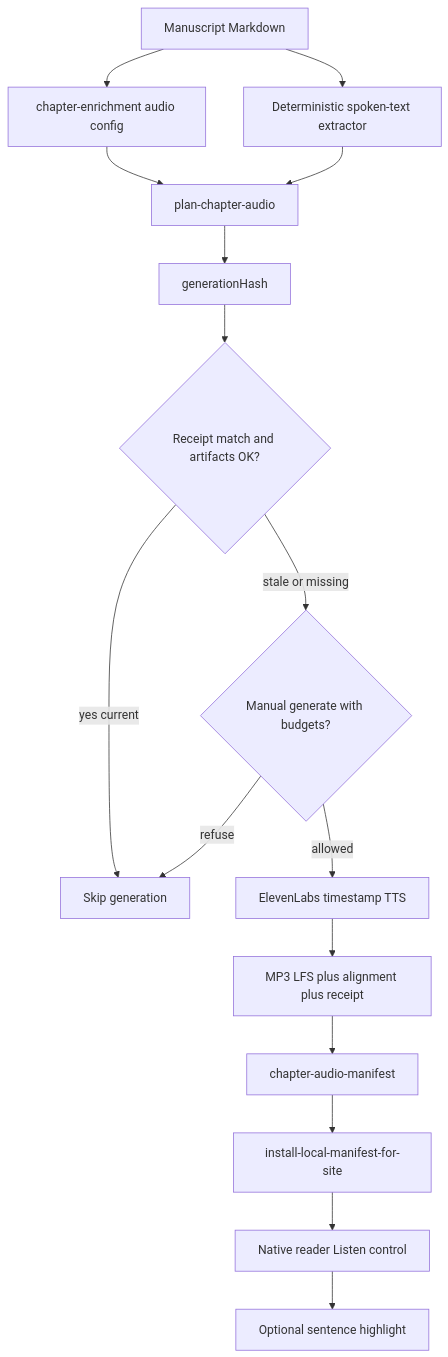
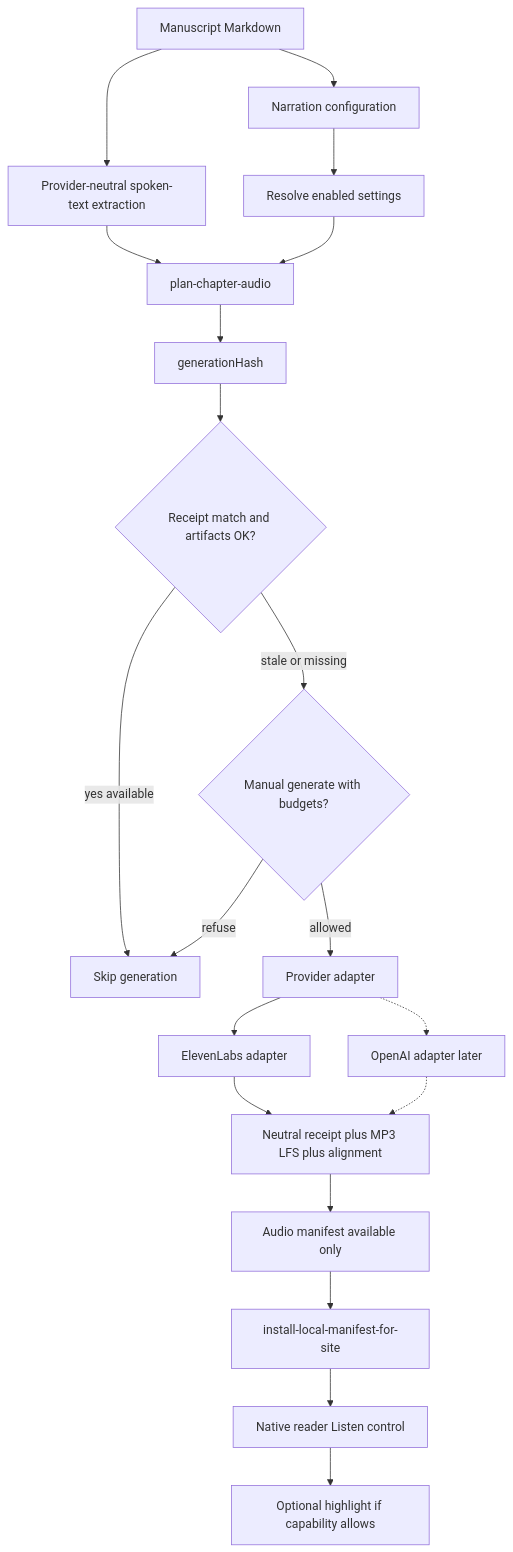
The diagram in docs/roadmaps/elevenlabs-tts-pilot.md (After-Certainty/after-certainty), drawn with Mermaid before and after one commit. The commit also changed other lines of this file and 2 other files, not shown here.

First line of the commit message:
Revise TTS roadmap for provider-neutral architecture

````diff
--- a/docs/roadmaps/elevenlabs-tts-pilot.md
+++ b/docs/roadmaps/elevenlabs-tts-pilot.md
@@ -99,18 +124,22 @@
 ```mermaid
 flowchart TD
-  ms[Manuscript Markdown] --> enrich[chapter-enrichment audio config]
-  enrich --> plan[plan-chapter-audio]
-  ms --> extract[Deterministic spoken-text extractor]
-  extract --> plan
+  ms[Manuscript Markdown] --> enrich[Narration configuration]
+  enrich --> resolve[Resolve enabled settings]
+  ms --> extract[Provider-neutral spoken-text extraction]
+  extract --> plan[plan-chapter-audio]
+  resolve --> plan
   plan --> hash[generationHash]
   hash --> receiptCmp{Receipt match and artifacts OK?}
-  receiptCmp -->|yes current| skip[Skip generation]
+  receiptCmp -->|yes available| skip[Skip generation]
   receiptCmp -->|stale or missing| genGate{Manual generate with budgets?}
   genGate -->|refuse| skip
-  genGate -->|allowed| eleven[ElevenLabs timestamp TTS]
-  eleven --> artifacts[MP3 LFS plus alignment plus receipt]
-  artifacts --> audioMan[chapter-audio-manifest]
+  genGate -->|allowed| adapter[Provider adapter]
+  adapter --> eleven[ElevenLabs adapter]
+  adapter -.-> openai[OpenAI adapter later]
+  eleven --> artifacts[Neutral receipt plus MP3 LFS plus alignment]
+  openai -.-> artifacts
+  artifacts --> audioMan[Audio manifest available only]
   audioMan --> install[install-local-manifest-for-site]
   install --> reader[Native reader Listen control]
-  reader --> highlight[Optional sentence highlight]
+  reader --> highlight[Optional highlight if capability allows]
 ```
````
